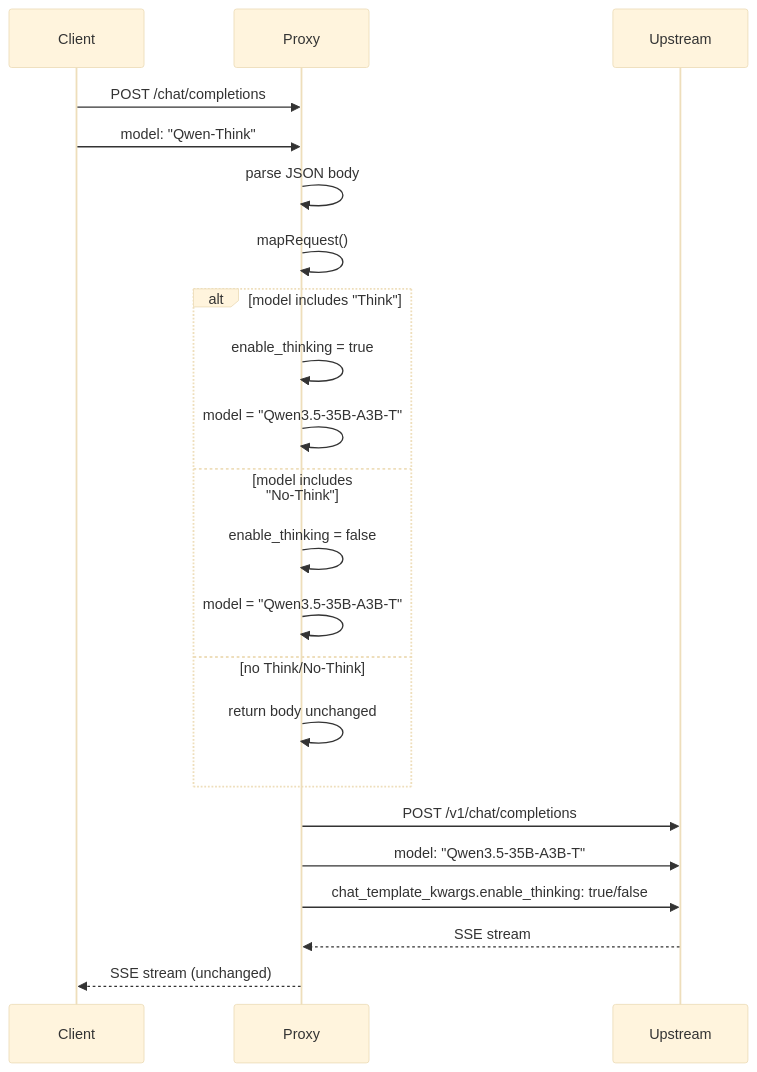
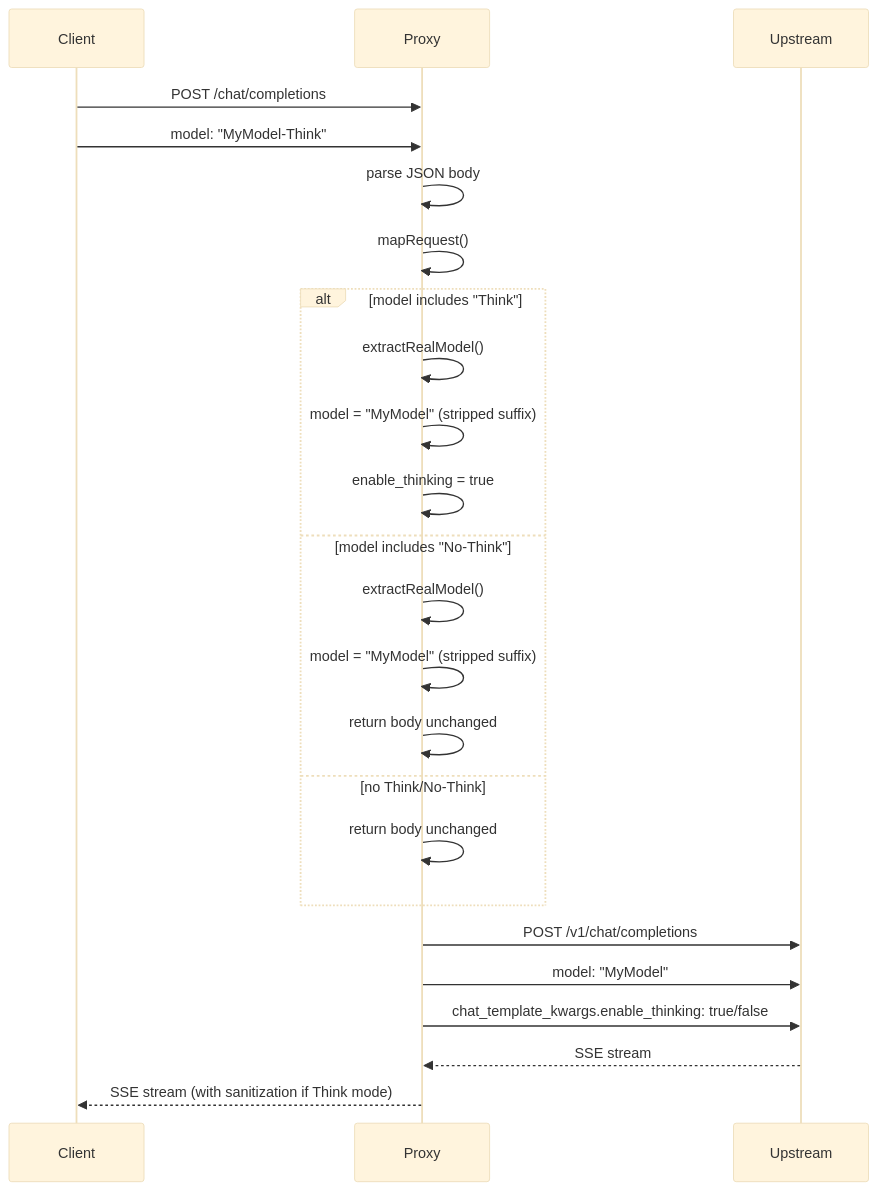
The diagram in docs/features/model-mapping/flows.md (martindebrunne/llamacpp-proxy), drawn with Mermaid (base theme) before and after one commit. The commit also changed other lines of this file and 9 other files, not shown here.

````diff
--- a/docs/features/model-mapping/flows.md
+++ b/docs/features/model-mapping/flows.md
@@ -5,29 +5,31 @@
 ```mermaid
 sequenceDiagram
     participant Client
     participant Proxy
     participant Upstream
 
     Client->>Proxy: POST /chat/completions
-    Client->>Proxy: model: "Qwen-Think"
+    Client->>Proxy: model: "MyModel-Think"
     
     Proxy->>Proxy: parse JSON body
     Proxy->>Proxy: mapRequest()
     
     alt model includes "Think"
+        Proxy->>Proxy: extractRealModel()
+        Proxy->>Proxy: model = "MyModel" (stripped suffix)
         Proxy->>Proxy: enable_thinking = true
-        Proxy->>Proxy: model = "Qwen3.5-35B-A3B-T"
     else model includes "No-Think"
-        Proxy->>Proxy: enable_thinking = false
-        Proxy->>Proxy: model = "Qwen3.5-35B-A3B-T"
+        Proxy->>Proxy: extractRealModel()
+        Proxy->>Proxy: model = "MyModel" (stripped suffix)
+        Proxy->>Proxy: return body unchanged
     else no Think/No-Think
         Proxy->>Proxy: return body unchanged
     end
     
     Proxy->>Upstream: POST /v1/chat/completions
-    Proxy->>Upstream: model: "Qwen3.5-35B-A3B-T"
+    Proxy->>Upstream: model: "MyModel"
     Proxy->>Upstream: chat_template_kwargs.enable_thinking: true/false
     
     Upstream-->>Proxy: SSE stream
-    Proxy-->>Client: SSE stream (unchanged)
+    Proxy-->>Client: SSE stream (with sanitization if Think mode)
 ```
````
